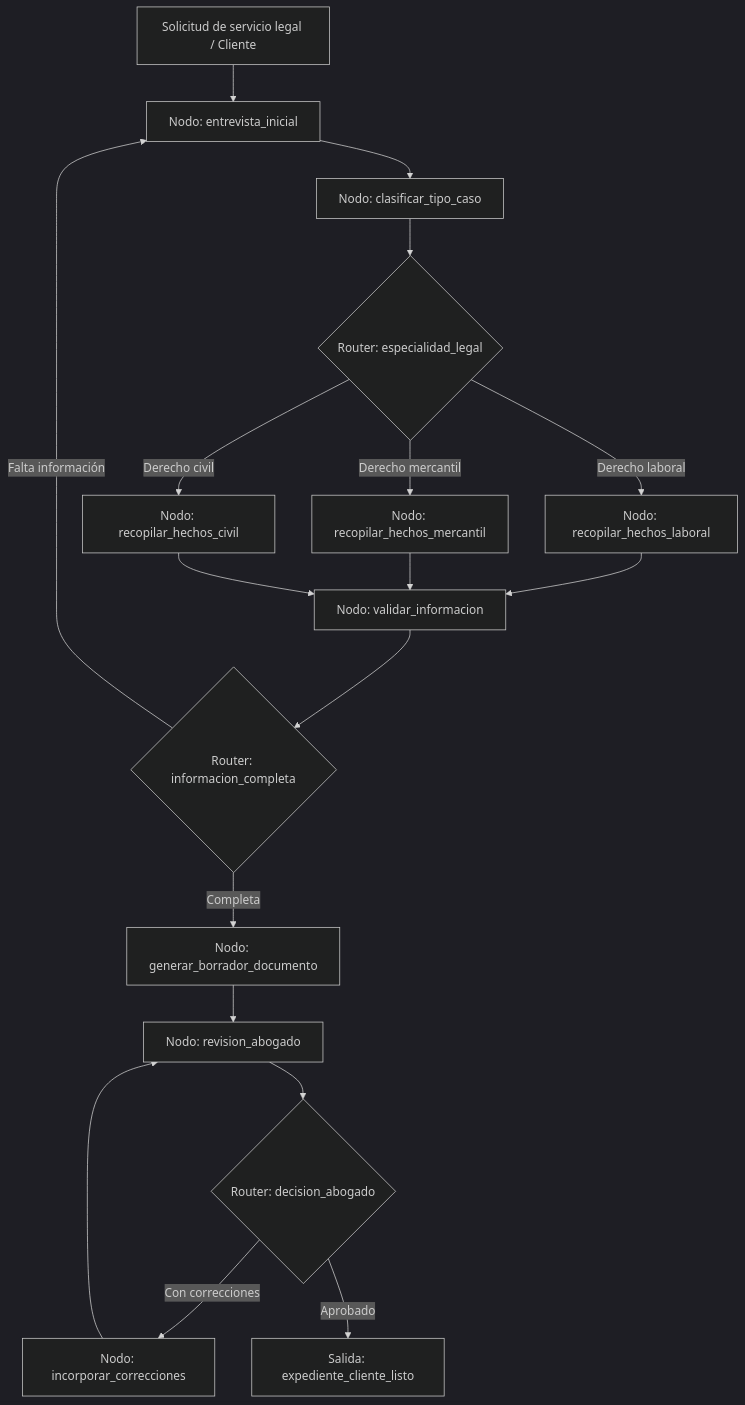
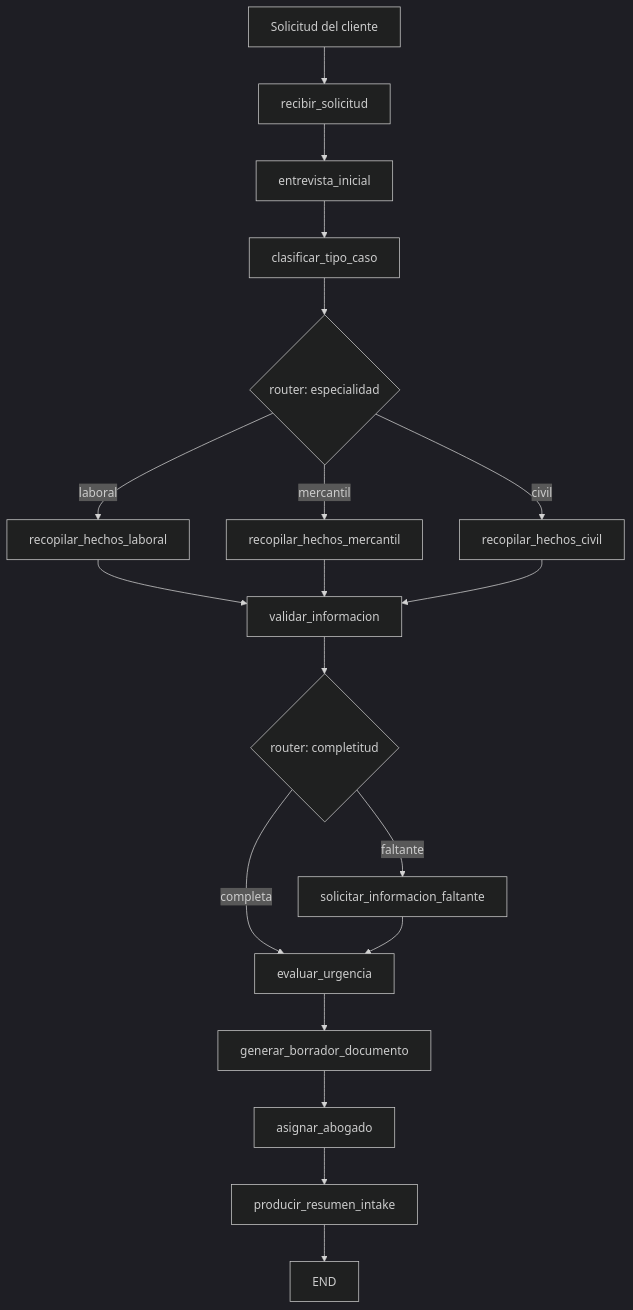
The diagram in cases/17-legal-intake/README.md (vladimiracunadev-create/langgraph-realworld), drawn with Mermaid (dark theme) before and after one commit. The commit also changed other lines of this file and 84 other files, not shown here.

````diff
--- a/cases/17-legal-intake/README.md
+++ b/cases/17-legal-intake/README.md
@@ -16,20 +30,21 @@
 ```mermaid
 graph TD
-    A[Solicitud de servicio legal / Cliente] --> B[Nodo: entrevista_inicial]
-    B --> C[Nodo: clasificar_tipo_caso]
-    C --> D{Router: especialidad_legal}
-    D -->|Derecho laboral| E[Nodo: recopilar_hechos_laboral]
-    D -->|Derecho mercantil| F[Nodo: recopilar_hechos_mercantil]
-    D -->|Derecho civil| G[Nodo: recopilar_hechos_civil]
-    E --> H[Nodo: validar_informacion]
-    F --> H
+    A[Solicitud del cliente] --> B[recibir_solicitud]
+    B --> C[entrevista_inicial]
+    C --> D[clasificar_tipo_caso]
+    D --> R1{router: especialidad}
+    R1 -->|laboral| E1[recopilar_hechos_laboral]
+    R1 -->|mercantil| E2[recopilar_hechos_mercantil]
+    R1 -->|civil| E3[recopilar_hechos_civil]
+    E1 --> F[validar_informacion]
+    E2 --> F
+    E3 --> F
+    F --> R2{router: completitud}
+    R2 -->|faltante| G[solicitar_informacion_faltante]
+    R2 -->|completa| H[evaluar_urgencia]
     G --> H
-    H --> I{Router: informacion_completa}
-    I -->|Falta información| B
-    I -->|Completa| J[Nodo: generar_borrador_documento]
-    J --> K[Nodo: revision_abogado]
-    K --> L{Router: decision_abogado}
-    L -->|Con correcciones| M[Nodo: incorporar_correcciones]
-    M --> K
-    L -->|Aprobado| N[Salida: expediente_cliente_listo]
+    H --> I[generar_borrador_documento]
+    I --> J[asignar_abogado]
+    J --> K[producir_resumen_intake]
+    K --> END
 ```
````
